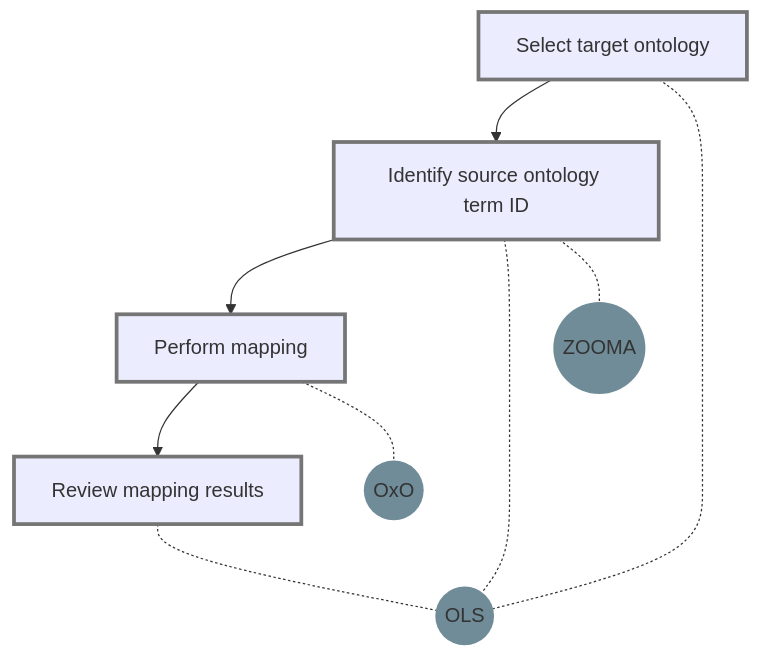
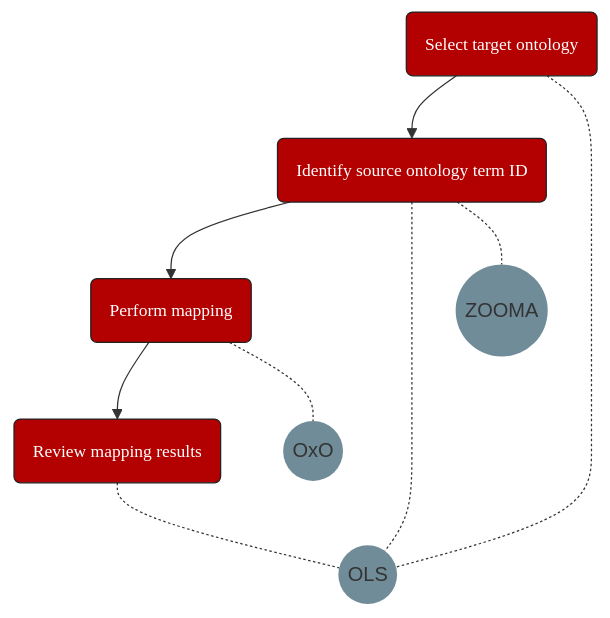
Before and after one commit to FAIRplus/the-fair-cookbook: the diagram in content/recipes/interoperability/ontology-align-oxo.mmd, drawn with Mermaid. The commit also changed 11 other files, not shown here.

```diff
--- a/content/recipes/interoperability/ontology-align-oxo.mmd
+++ b/content/recipes/interoperability/ontology-align-oxo.mmd
@@ -1,29 +1,29 @@
 graph TB
-    A[Identify source ontology term ID]
-    B[Select target ontology]
-    C[Perform mapping]
-    D[Review mapping results]
+    A(Identify source ontology term ID)
+    B(Select target ontology)
+    C(Perform mapping)
+    D(Review mapping results)
 
     B-->A
     A-->C
     C-->D
 
     E((OLS))
     F((ZOOMA))
     G((OxO))
 
     A-.-E
     A-.-F
     B-.-E
     D-.-E
     C-.-G
 
-    style A stroke:#757575,stroke-width:3px
-    style B stroke:#757575,stroke-width:3px
-    style C stroke:#757575,stroke-width:3px
-    style D stroke:#757575,stroke-width:3px
+    style A font-family:avenir,font-size:14px,fill:#B30000,stroke:#222,color:#fff,stroke-width:1px
+    style B font-family:avenir,font-size:14px,fill:#B30000,stroke:#222,color:#fff,stroke-width:1px
+    style C font-family:avenir,font-size:14px,fill:#B30000,stroke:#222,color:#fff,stroke-width:1px
+    style D font-family:avenir,font-size:14px,fill:#B30000,stroke:#222,color:#fff,stroke-width:1px
 
 
     style E fill:#708c98 ,stroke-width:0px
     style F fill:#708c98 ,stroke-width:0px
     style G fill:#708c98 ,stroke-width:0px
```
